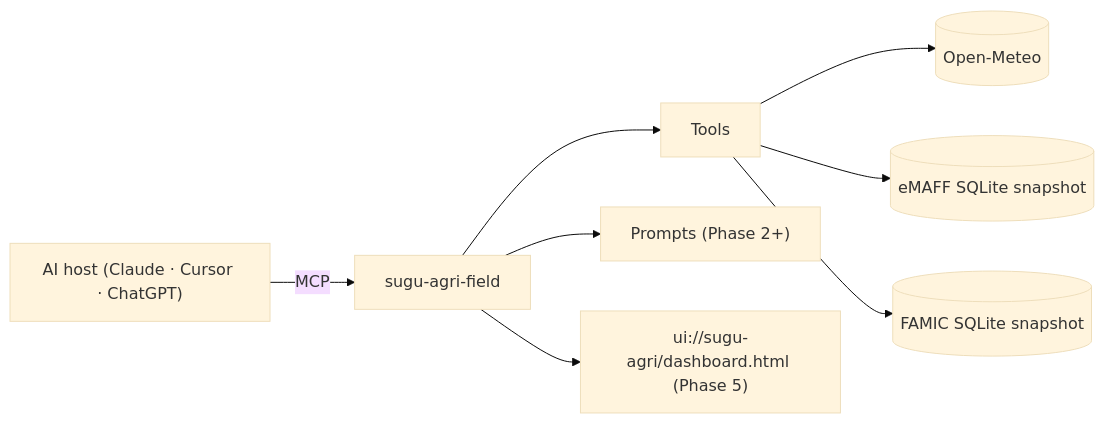
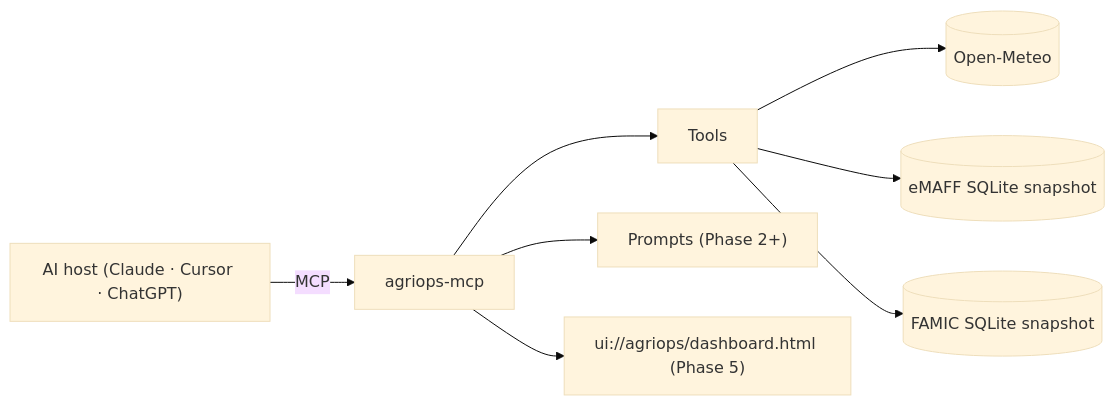
The diagram in README.md (WIN-kagoshima/sugu-agri-field), drawn with Mermaid (base theme) before and after one commit. The commit also changed other lines of this file and 69 other files, not shown here.

First line of the commit message:
chore: rename project to agriops-mcp

````diff
--- a/README.md
+++ b/README.md
@@ -34,11 +34,11 @@
 ```mermaid
 flowchart LR
   host["AI host (Claude · Cursor · ChatGPT)"]
-  host -->|MCP| server["sugu-agri-field"]
+  host -->|MCP| server["agriops-mcp"]
   server --> tools["Tools"]
   server --> prompts["Prompts (Phase 2+)"]
-  server --> ui["ui://sugu-agri/dashboard.html (Phase 5)"]
+  server --> ui["ui://agriops/dashboard.html (Phase 5)"]
   tools --> openMeteo[(Open-Meteo)]
   tools --> emaff[("eMAFF SQLite snapshot")]
   tools --> famic[("FAMIC SQLite snapshot")]
 ```
````
